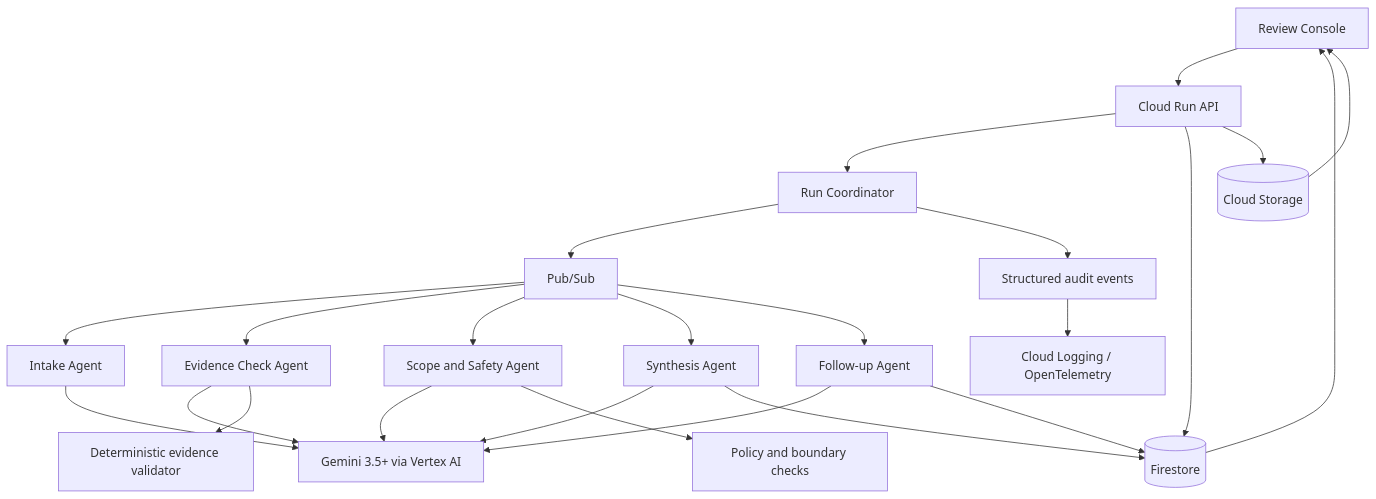
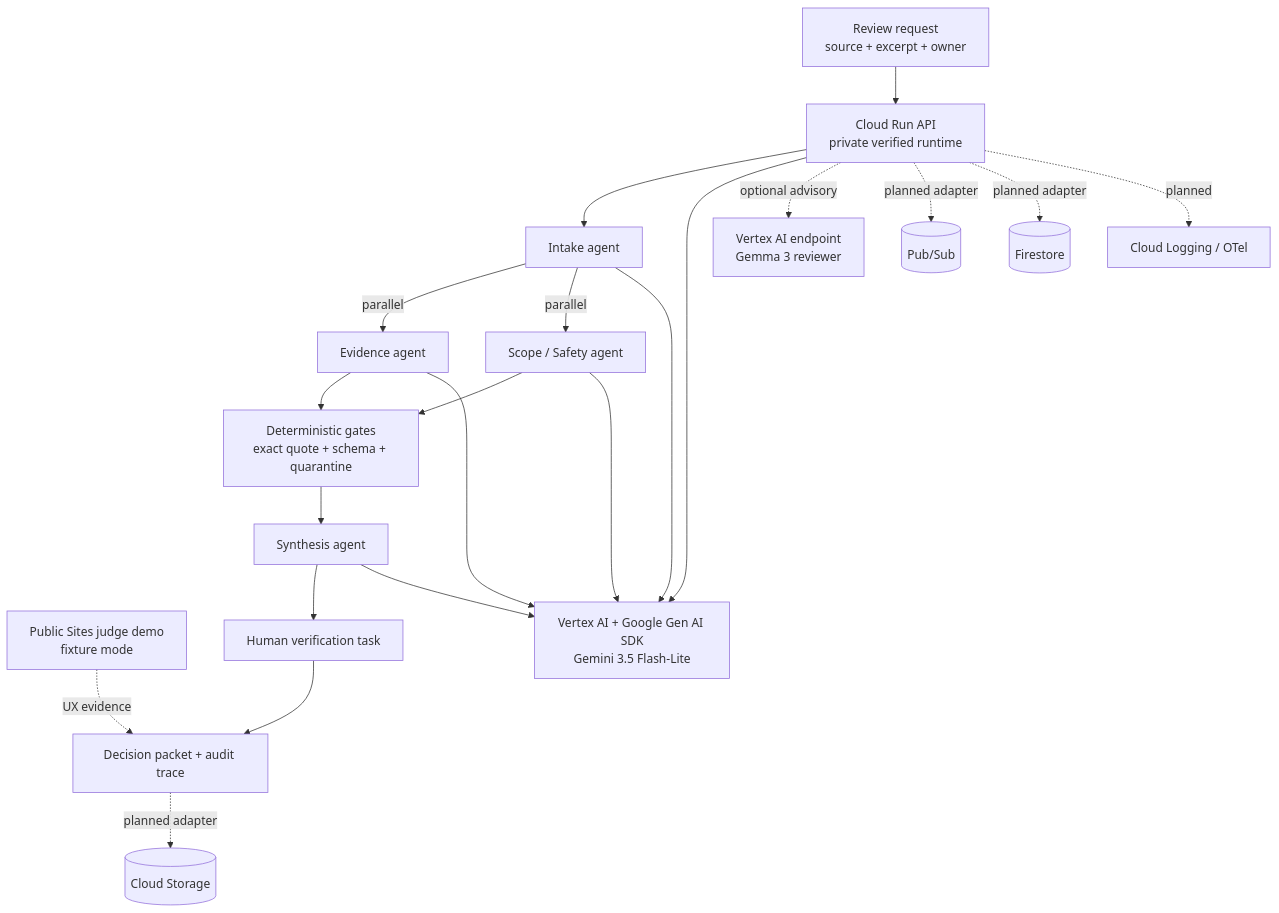
One commit to RBX-Labs/verdict-flow changed the diagram in docs/ARCHITECTURE.md. Above: the diagram before and after it, drawn with Mermaid. The commit also changed other lines of this file and 23 other files, not shown here.

Commit message:
Add opt-in Gemma advisory reviewer

````diff
--- a/docs/ARCHITECTURE.md
+++ b/docs/ARCHITECTURE.md
@@ -22,30 +29,23 @@
 ```mermaid
 flowchart TD
-    UI[Review Console] --> API[Cloud Run API]
-    API --> RUN[Run Coordinator]
-    API --> STORE[(Firestore)]
-    API --> FILES[(Cloud Storage)]
-
-    RUN --> BUS[Pub/Sub]
-    BUS --> INTAKE[Intake Agent]
-    BUS --> CHECK[Evidence Check Agent]
-    BUS --> SCOPE[Scope and Safety Agent]
-    BUS --> SYNTH[Synthesis Agent]
-    BUS --> FOLLOW[Follow-up Agent]
-
-    INTAKE --> GEM[Gemini 3.5+ via Vertex AI]
-    CHECK --> GEM
-    SCOPE --> GEM
+    PUBLIC[Public Sites judge demo\nfixture mode] -. UX evidence .-> PACKET
+    REQUEST[Review request\nsource + excerpt + owner] --> API[Cloud Run API\nprivate verified runtime]
+    API --> INTAKE[Intake agent]
+    INTAKE -->|parallel| EVIDENCE[Evidence agent]
+    INTAKE -->|parallel| SAFETY[Scope / Safety agent]
+    EVIDENCE --> GATES[Deterministic gates\nexact quote + schema + quarantine]
+    SAFETY --> GATES
+    GATES --> SYNTH[Synthesis agent]
+    SYNTH --> TASK[Human verification task]
+    TASK --> PACKET[Decision packet + audit trace]
+    API --> GEM[Vertex AI + Google Gen AI SDK\nGemini 3.5 Flash-Lite]
+    API -. optional advisory .-> GEMMA[Vertex AI endpoint\nGemma 3 reviewer]
+    INTAKE --> GEM
+    EVIDENCE --> GEM
+    SAFETY --> GEM
     SYNTH --> GEM
-    FOLLOW --> GEM
-
-    CHECK --> VALID[Deterministic evidence validator]
-    SCOPE --> POLICY[Policy and boundary checks]
-    SYNTH --> STORE
-    FOLLOW --> STORE
-
-    RUN --> TRACE[Structured audit events]
-    TRACE --> LOG[Cloud Logging / OpenTelemetry]
-    STORE --> UI
-    FILES --> UI
+    API -. planned adapter .-> PUBSUB[(Pub/Sub)]
+    API -. planned adapter .-> FS[(Firestore)]
+    PACKET -. planned adapter .-> GCS[(Cloud Storage)]
+    API -. planned .-> LOG[Cloud Logging / OTel]
 ```
````
